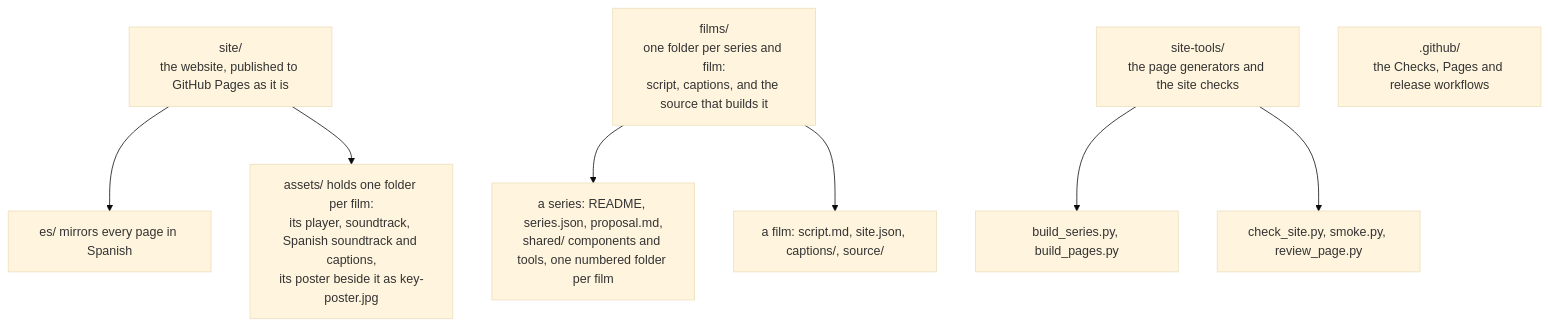
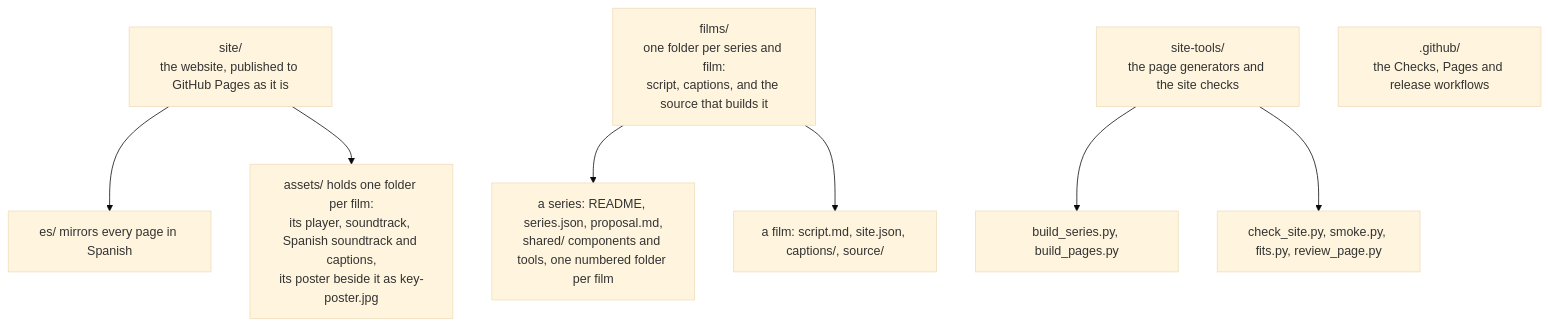
Before and after one commit to roanboc/learning-data: the diagram in README.md, drawn with Mermaid (base theme). The commit also changed 14 other files, not shown here.

````diff
--- a/README.md
+++ b/README.md
@@ -34,13 +34,13 @@
 ```mermaid
 flowchart TB
     site["site/<br/>the website, published to GitHub Pages as it is"]
     films["films/<br/>one folder per series and film:<br/>script, captions, and the source that builds it"]
     tools["site-tools/<br/>the page generators and the site checks"]
     workflows[".github/<br/>the Checks, Pages and release workflows"]
     site --> es["es/ mirrors every page in Spanish"]
     site --> assets["assets/ holds one folder per film:<br/>its player, soundtrack, Spanish soundtrack and captions,<br/>its poster beside it as key-poster.jpg"]
     films --> series["a series: README, series.json, proposal.md,<br/>shared/ components and tools, one numbered folder per film"]
     films --> film["a film: script.md, site.json, captions/, source/"]
     tools --> generators["build_series.py, build_pages.py"]
-    tools --> checks["check_site.py, smoke.py, review_page.py"]
+    tools --> checks["check_site.py, smoke.py, fits.py, review_page.py"]
 ```
````
